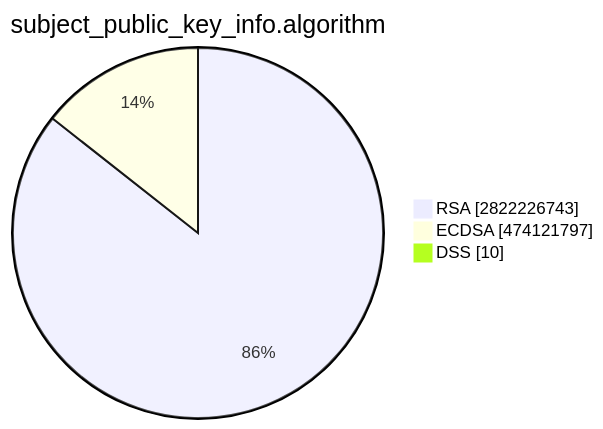
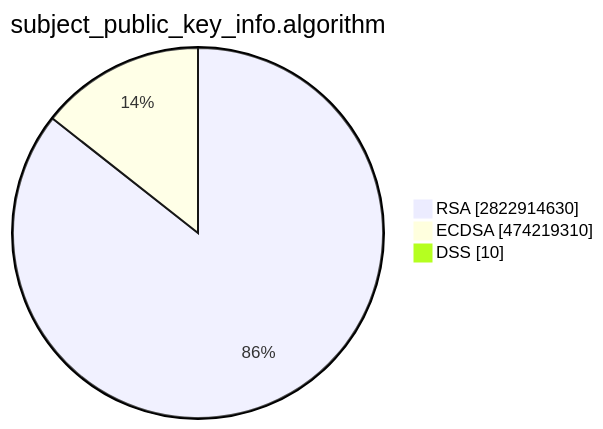
One commit to christiankrug/ctmonitor_visualization changed the second of 15 diagrams in TOTAL/README.md. Above: the diagram before and after it, drawn with Mermaid. The commit also changed other lines of this file, not shown here.

````diff
--- a/TOTAL/README.md
+++ b/TOTAL/README.md
@@ -6,7 +6,7 @@
 ```mermaid
 pie showData
 title subject_public_key_info.algorithm
-"RSA" :2822226743
-"ECDSA" :474121797
+"RSA" :2822914630
+"ECDSA" :474219310
 "DSS" :10
 ```
````
